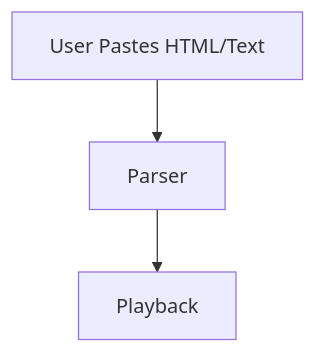
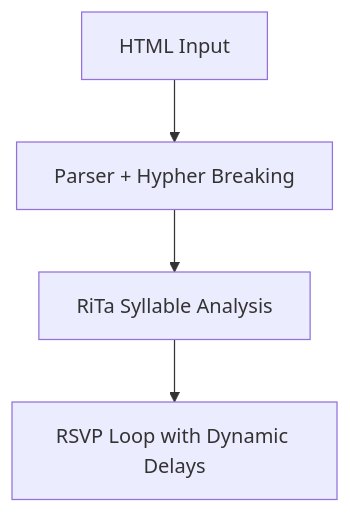
The first of 2 diagrams in RSVP_ALGORITHM.md (rajeshsatpathy1/SpeedReader), drawn with Mermaid before and after one commit. The commit also changed other lines of this file and 8 other files, not shown here.

Commit message:
feat: Implement core RSVP algorithm with advanced word parsing, hyphenation, syllable counting, and script detection.

````diff
--- a/RSVP_ALGORITHM.md
+++ b/RSVP_ALGORITHM.md
@@ -56,4 +30,6 @@
 ``` mermaid
 flowchart TD;
-    UserInput[User Pastes HTML/Text] --> Parser --> Playback
+    Input[HTML Input] --> Parser[Parser + Hypher Breaking]
+    Parser --> Pacing[RiTa Syllable Analysis]
+    Pacing --> Playback[RSVP Loop with Dynamic Delays]
 ```
````
